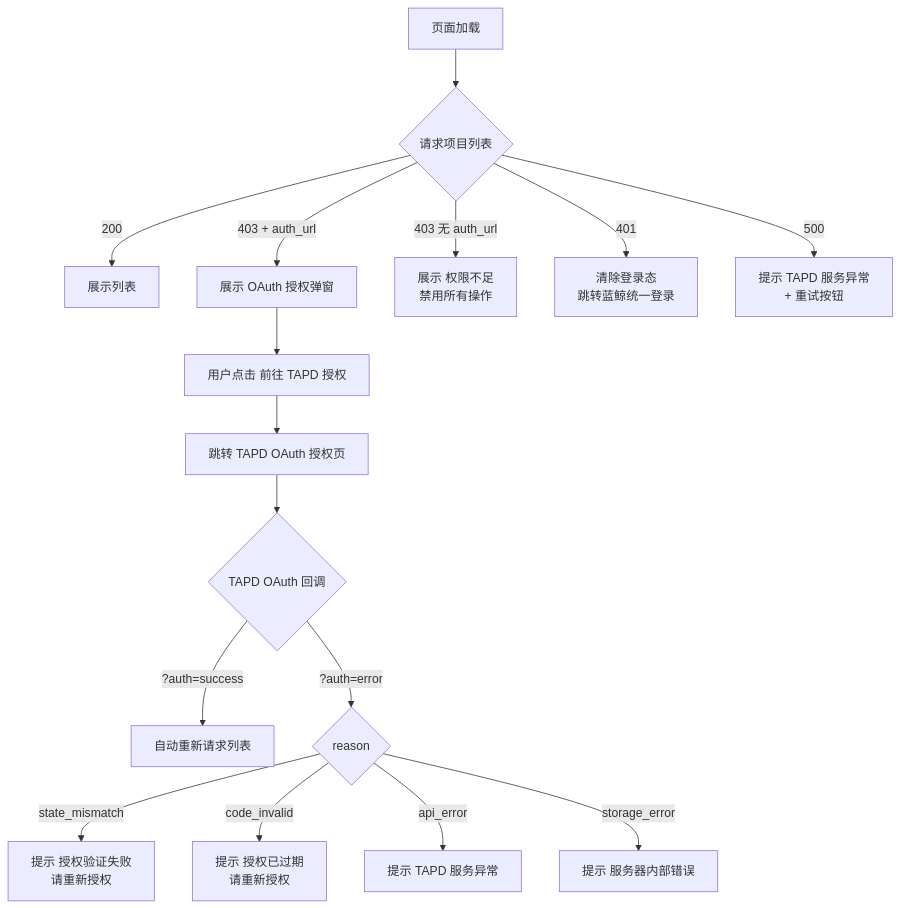
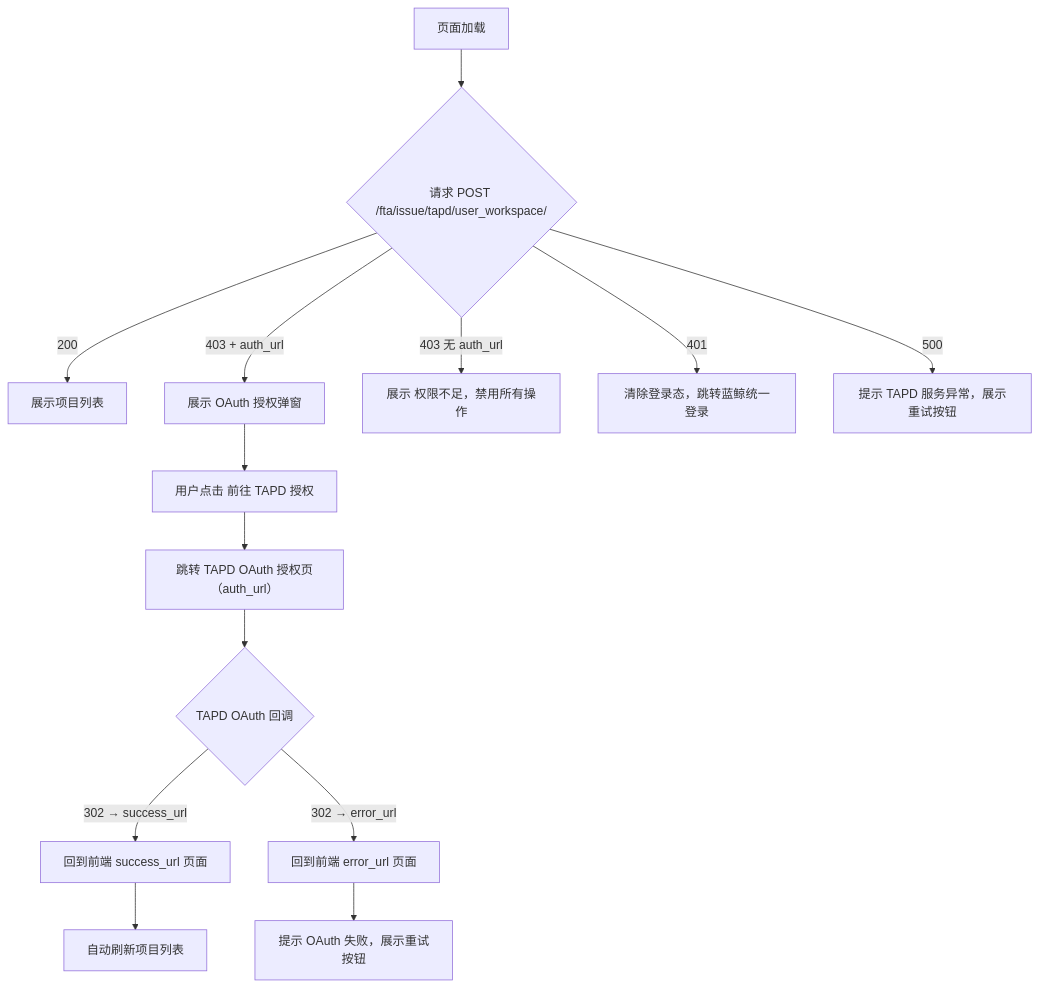
One commit to HACK-WU/bk-monitor-wiki changed the diagram in requirements/integration/2026-06-15-TAPD授权与建单/frontend-guide/tapd-oauth-authorization.md. Above: the diagram before and after it, drawn with Mermaid. The commit also changed other lines of this file and 15 other files, not shown here.

````diff
--- a/requirements/integration/2026-06-15-TAPD授权与建单/frontend-guide/tapd-oauth-authorization.md
+++ b/requirements/integration/2026-06-15-TAPD授权与建单/frontend-guide/tapd-oauth-authorization.md
@@ -77,21 +85,20 @@
 ```mermaid
 flowchart TD
-    A["页面加载"] --> B{"请求项目列表"}
+    A["页面加载"]
+        --> B{"请求 POST /fta/issue/tapd/user_workspace/"}
 
-    B -->|200| C["展示列表"]
+    B -->|200| C["展示项目列表"]
 
     B -->|403 + auth_url| D["展示 OAuth 授权弹窗"]
         D --> E["用户点击 前往 TAPD 授权"]
-        E --> F["跳转 TAPD OAuth 授权页"]
+        E --> F["跳转 TAPD OAuth 授权页（auth_url）"]
         F --> G{"TAPD OAuth 回调"}
-            G -->|?auth=success| H["自动重新请求列表"]
-            G -->|?auth=error| I{"reason"}
-                I -->|state_mismatch| J["提示 授权验证失败\n请重新授权"]
-                I -->|code_invalid| K["提示 授权已过期\n请重新授权"]
-                I -->|api_error| L["提示 TAPD 服务异常"]
-                I -->|storage_error| M["提示 服务器内部错误"]
+            G -->|302 → success_url| H["回到前端 success_url 页面"]
+                H --> I["自动刷新项目列表"]
+            G -->|302 → error_url| J["回到前端 error_url 页面"]
+                J --> K["提示 OAuth 失败，展示重试按钮"]
 
-    B -->|403 无 auth_url| N["展示 权限不足\n禁用所有操作"]
-    B -->|401| O["清除登录态\n跳转蓝鲸统一登录"]
-    B -->|500| P["提示 TAPD 服务异常\n+ 重试按钮"]
+    B -->|403 无 auth_url| L["展示 权限不足，禁用所有操作"]
+    B -->|401| M["清除登录态，跳转蓝鲸统一登录"]
+    B -->|500| N["提示 TAPD 服务异常，展示重试按钮"]
 ```
````
